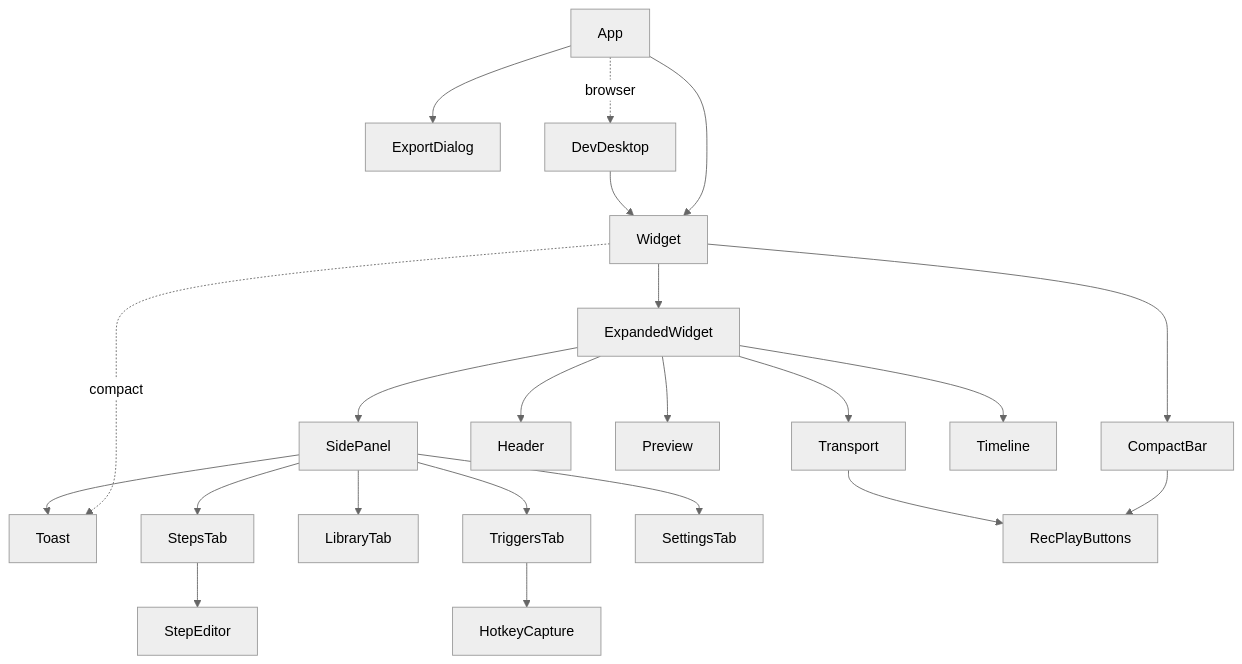
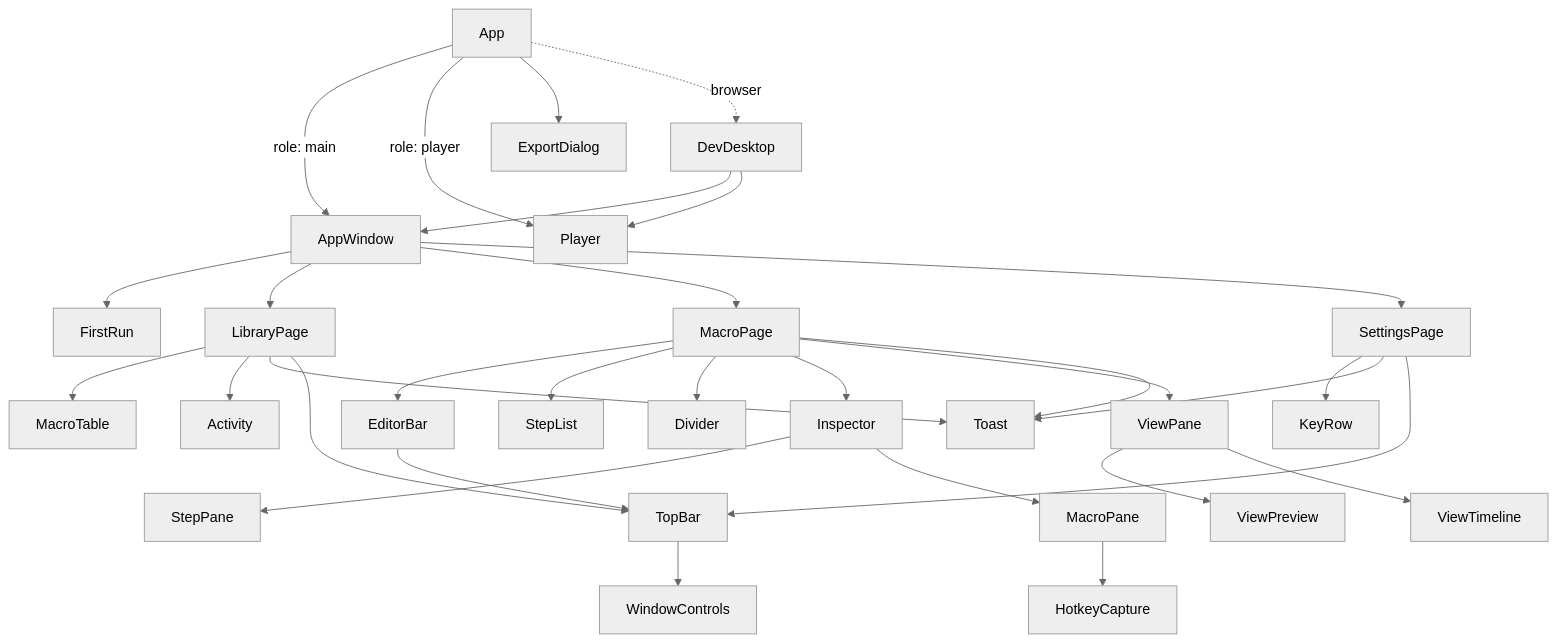
The diagram in docs/engineering/frontend.md (HappyRave/Relay), drawn with Mermaid (neutral theme) before and after one commit. The commit also changed other lines of this file and 41 other files, not shown here.

````diff
--- a/docs/engineering/frontend.md
+++ b/docs/engineering/frontend.md
@@ -124,20 +158,24 @@
 ```mermaid
 flowchart TD
-    App --> Widget
+    App -- "role: main" --> AppWindow
+    App -- "role: player" --> Player
     App --> ExportDialog
-    App -.browser.-> DevDesktop --> Widget
-    Widget --> CompactBar
-    Widget --> ExpandedWidget
-    Widget -.compact.-> Toast
-    SidePanel --> Toast
-    ExpandedWidget --> Header
-    ExpandedWidget --> Preview
-    ExpandedWidget --> SidePanel
-    ExpandedWidget --> Transport
-    ExpandedWidget --> Timeline
-    SidePanel --> StepsTab --> StepEditor
-    SidePanel --> LibraryTab
-    SidePanel --> TriggersTab --> HotkeyCapture
-    SidePanel --> SettingsTab
-    CompactBar & Transport --> RecPlayButtons
+    App -.browser.-> DevDesktop --> AppWindow & Player
+    AppWindow --> FirstRun
+    AppWindow --> LibraryPage
+    AppWindow --> MacroPage
+    AppWindow --> SettingsPage
+    LibraryPage --> MacroTable & Activity & Toast
+    MacroPage --> EditorBar
+    MacroPage --> StepList
+    MacroPage --> Divider
+    MacroPage --> Inspector
+    MacroPage --> ViewPane
+    MacroPage --> Toast
+    Inspector --> StepPane
+    Inspector --> MacroPane --> HotkeyCapture
+    ViewPane --> ViewPreview & ViewTimeline
+    SettingsPage --> KeyRow
+    SettingsPage --> Toast
+    EditorBar & LibraryPage & SettingsPage --> TopBar --> WindowControls
 ```
````
